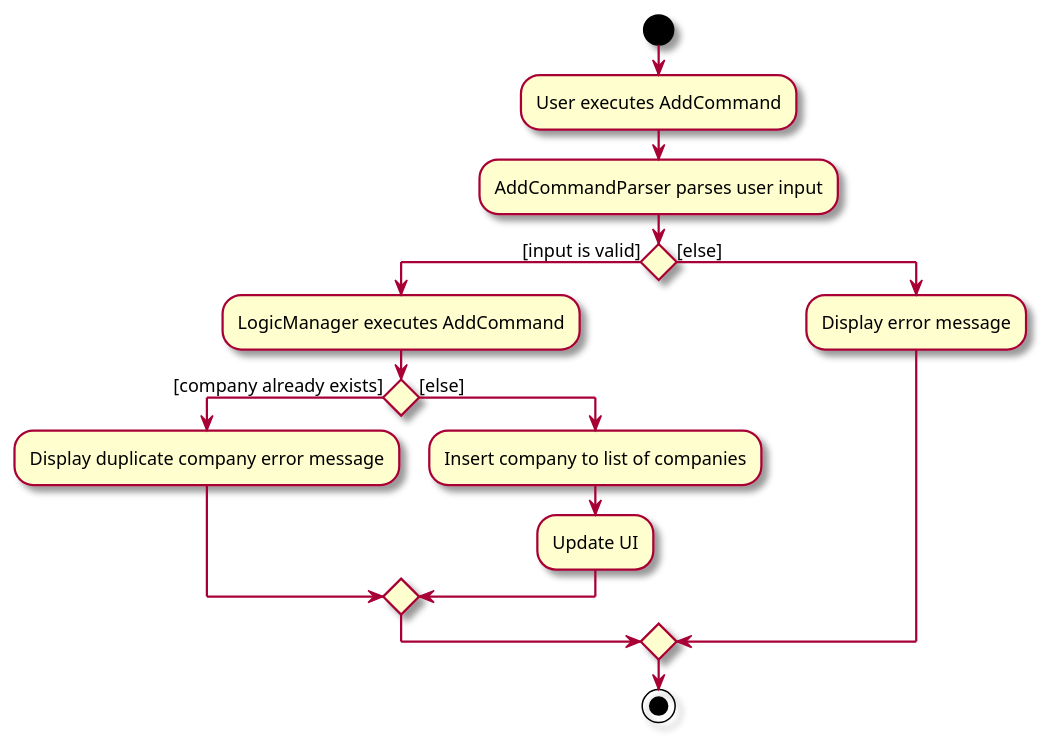
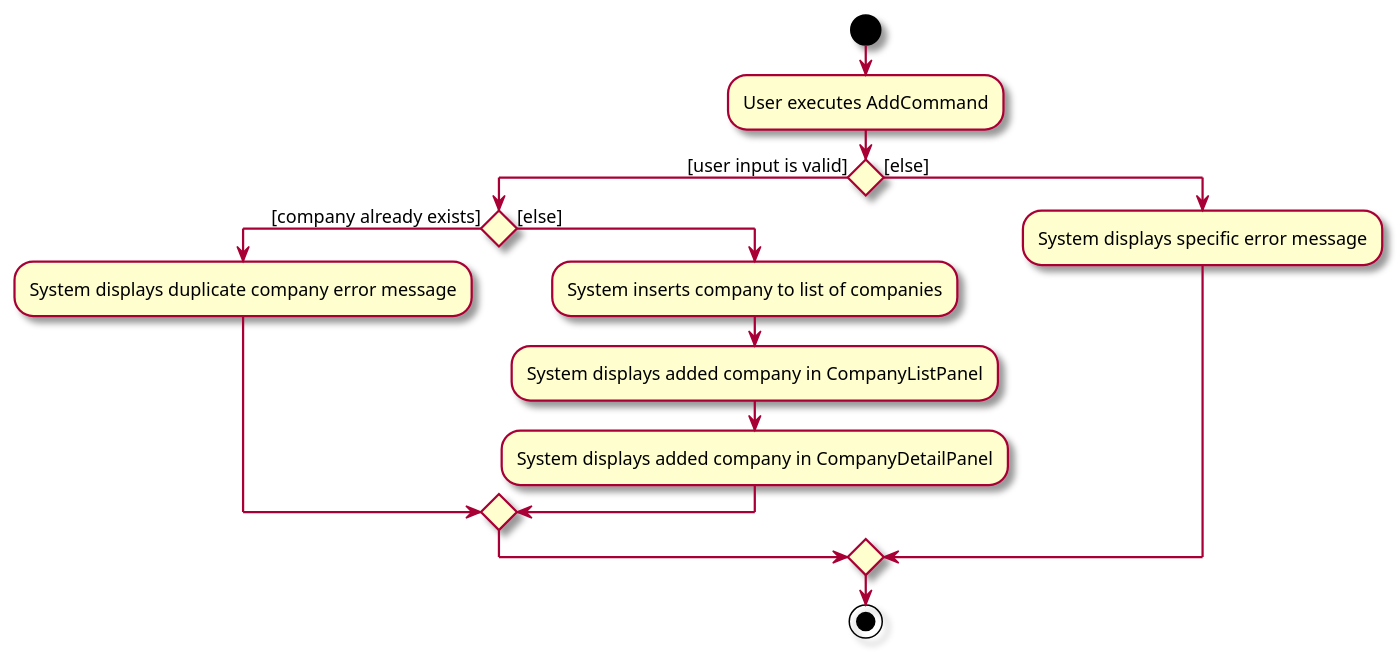
Before and after one commit to tayruxin/tp: the diagram in docs/diagrams/AddActivityDiagram.puml, drawn with PlantUML. The commit also changed 2 other files, not shown here.

```diff
--- a/docs/diagrams/AddActivityDiagram.puml
+++ b/docs/diagrams/AddActivityDiagram.puml
@@ -1,26 +1,25 @@
 @startuml
 skin rose
 skinparam ActivityFontSize 12
 skinparam ArrowFontSize 12
 start
 :User executes AddCommand;
-:AddCommandParser parses user input;
 
 'Since the beta syntax does not support placing the condition outside the
 'diamond we place it as the true branch instead.
 
-if () then ([input is valid])
-    :LogicManager executes AddCommand;
+if () then ([user input is valid])
     if () then ([company already exists])
-        :Display duplicate company error message;
+        :System displays duplicate company error message;
     else ([else])
-        :Insert company to list of companies;
-        :Update UI;
+        :System inserts company to list of companies;
+        :System displays added company in CompanyListPanel;
+        :System displays added company in CompanyDetailPanel;
     endif
 
 else ([else])
-:Display error message;
+:System displays specific error message;
 
 endif
 stop
 @enduml
```
